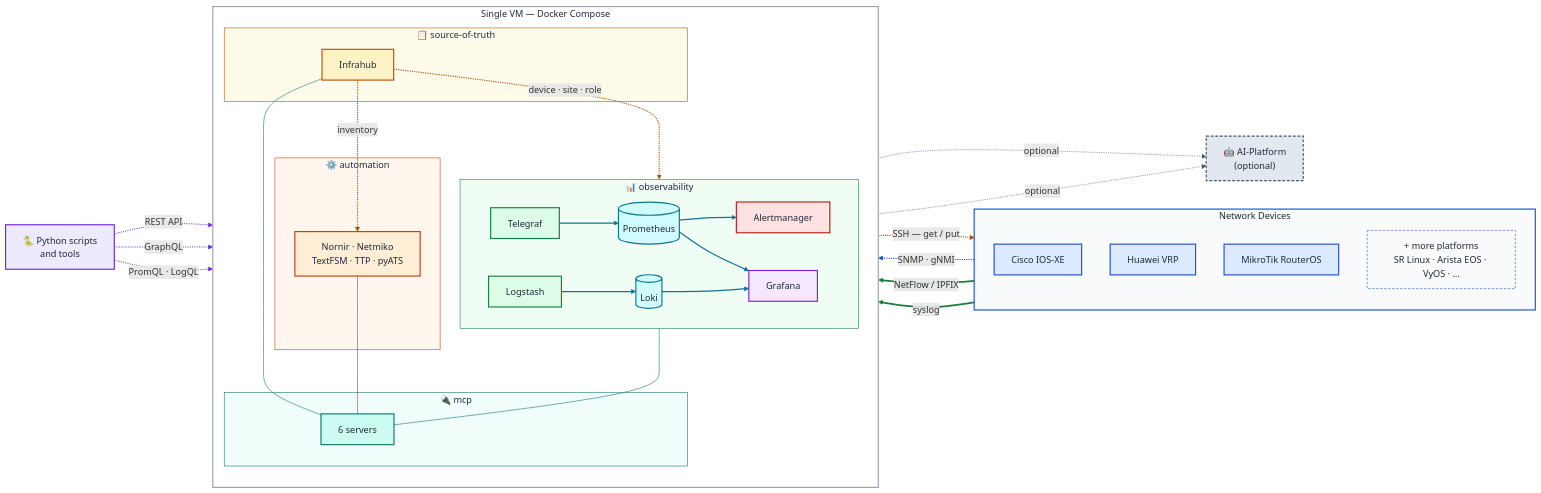
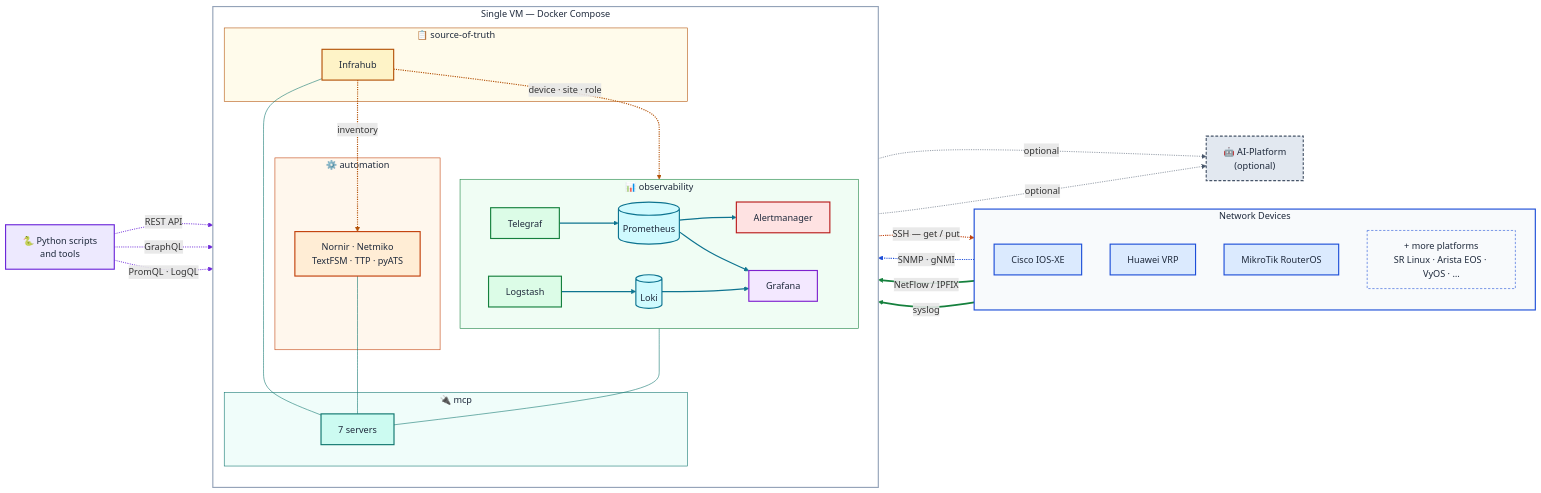
Before and after one commit to darqcube/DARQCUBE-AGENTICOPS-STACK: the diagram in README.md, drawn with Mermaid. The commit also changed other lines of this file and 34 other files, not shown here.

```diff
--- a/README.md
+++ b/README.md
@@ -86,7 +86,7 @@
       AU["Nornir · Netmiko<br/>TextFSM · TTP · pyATS"]
     end
     subgraph MCPG["🔌 mcp"]
-      MS["6 servers"]
+      MS["7 servers"]
     end
   end
 
```
